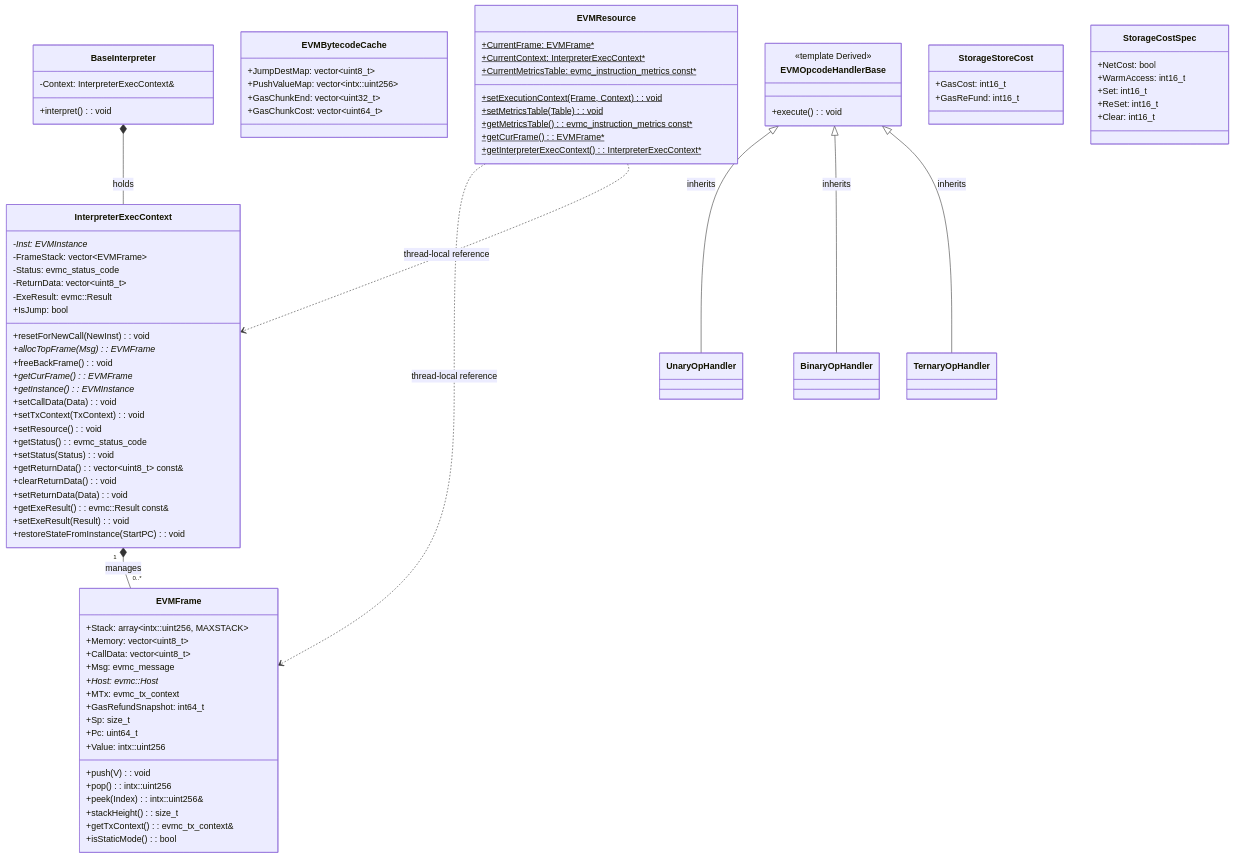
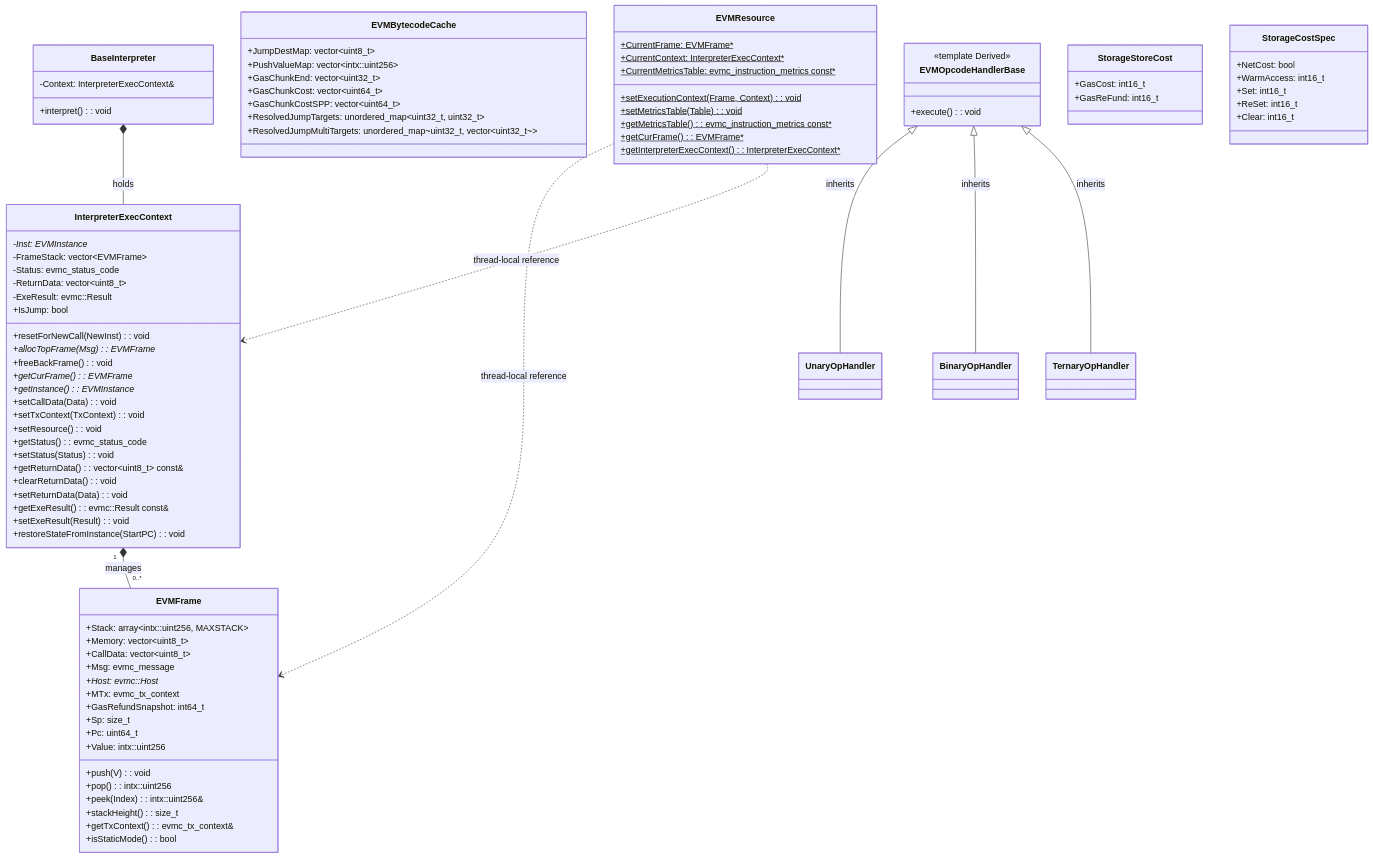
One commit to DTVMStack/DTVM changed the diagram in docs/modules/evm/data-model.md. Above: the diagram before and after it, drawn with Mermaid. The commit also changed other lines of this file and 17 other files, not shown here.

```diff
--- a/docs/modules/evm/data-model.md
+++ b/docs/modules/evm/data-model.md
@@ -60,6 +60,9 @@
         +PushValueMap: vector~intx::uint256~
         +GasChunkEnd: vector~uint32_t~
         +GasChunkCost: vector~uint64_t~
+        +GasChunkCostSPP: vector~uint64_t~
+        +ResolvedJumpTargets: unordered_map~uint32_t, uint32_t~
+        +ResolvedJumpMultiTargets: unordered_map~uint32_t, vector~uint32_t~~
     }
 
     class EVMResource {
```
